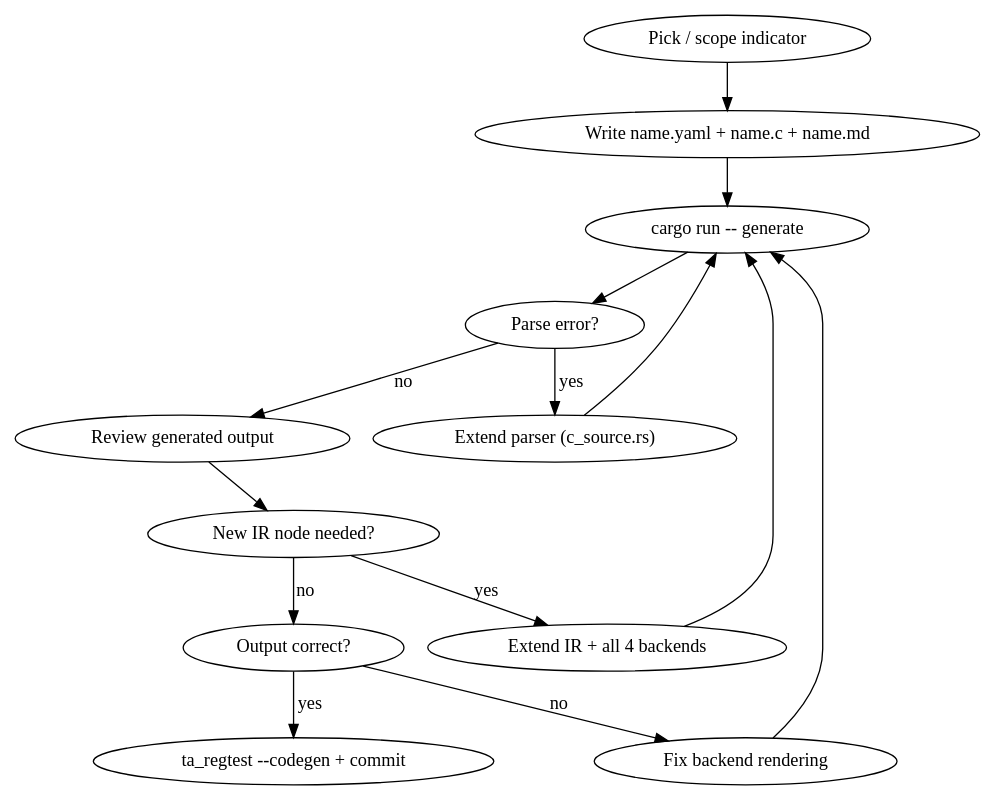
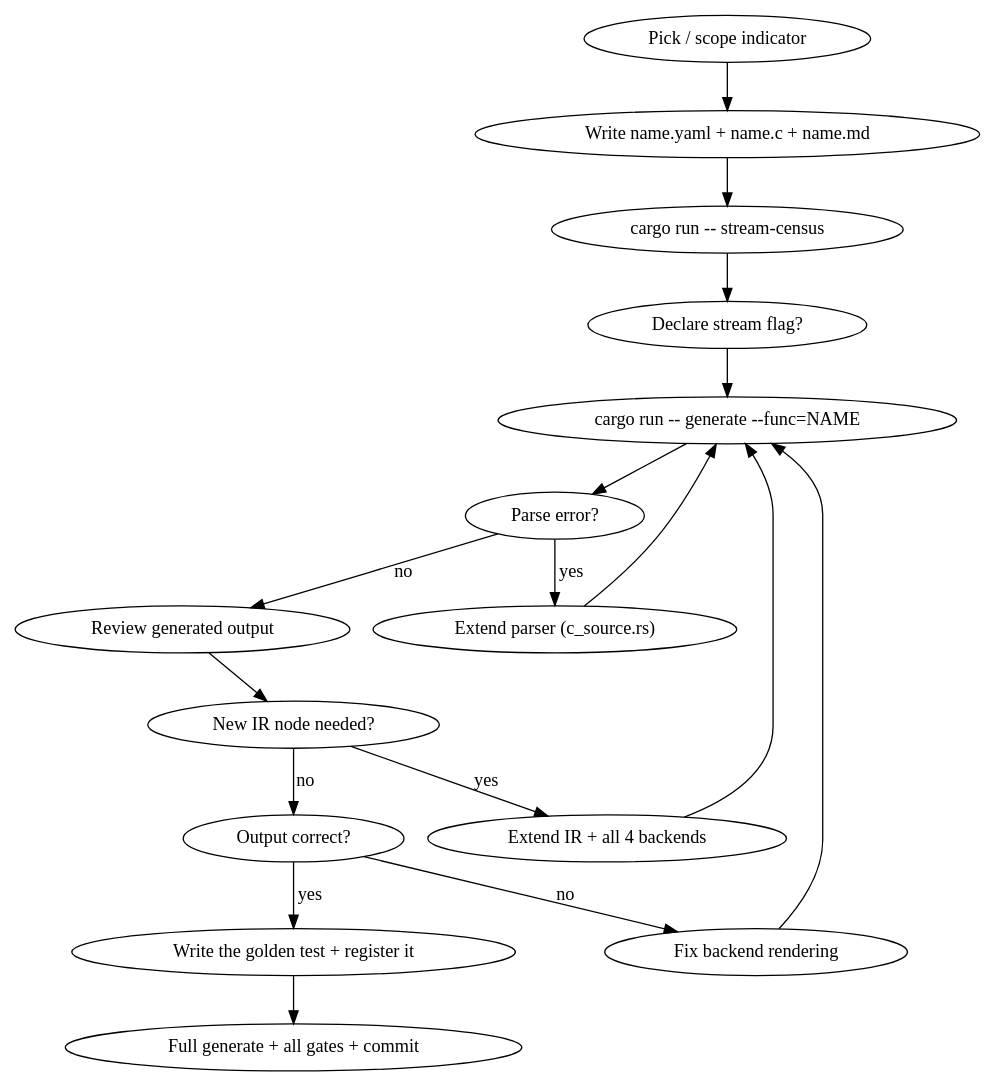
One commit to SewellZheng/stocks_picker changed the diagram in ta-lib-main/.claude/skills/new-ta-func/SKILL.md. Above: the diagram before and after it, drawn with Graphviz. The commit also changed other lines of this file and 1034 other files, not shown here.

````diff
--- a/ta-lib-main/.claude/skills/new-ta-func/SKILL.md
+++ b/ta-lib-main/.claude/skills/new-ta-func/SKILL.md
@@ -32,17 +38,20 @@
 ```dot
 digraph new_ta_func {
     "Pick / scope indicator" -> "Write name.yaml + name.c + name.md";
-    "Write name.yaml + name.c + name.md" -> "cargo run -- generate";
-    "cargo run -- generate" -> "Parse error?";
+    "Write name.yaml + name.c + name.md" -> "cargo run -- stream-census";
+    "cargo run -- stream-census" -> "Declare stream flag?";
+    "Declare stream flag?" -> "cargo run -- generate --func=NAME";
+    "cargo run -- generate --func=NAME" -> "Parse error?";
     "Parse error?" -> "Extend parser (c_source.rs)" [label="yes"];
-    "Extend parser (c_source.rs)" -> "cargo run -- generate";
+    "Extend parser (c_source.rs)" -> "cargo run -- generate --func=NAME";
     "Parse error?" -> "Review generated output" [label="no"];
     "Review generated output" -> "New IR node needed?";
     "New IR node needed?" -> "Extend IR + all 4 backends" [label="yes"];
-    "Extend IR + all 4 backends" -> "cargo run -- generate";
+    "Extend IR + all 4 backends" -> "cargo run -- generate --func=NAME";
     "New IR node needed?" -> "Output correct?" [label="no"];
-    "Output correct?" -> "ta_regtest --codegen + commit" [label="yes"];
+    "Output correct?" -> "Write the golden test + register it" [label="yes"];
     "Output correct?" -> "Fix backend rendering" [label="no"];
-    "Fix backend rendering" -> "cargo run -- generate";
+    "Fix backend rendering" -> "cargo run -- generate --func=NAME";
+    "Write the golden test + register it" -> "Full generate + all gates + commit";
 }
 ```
````
